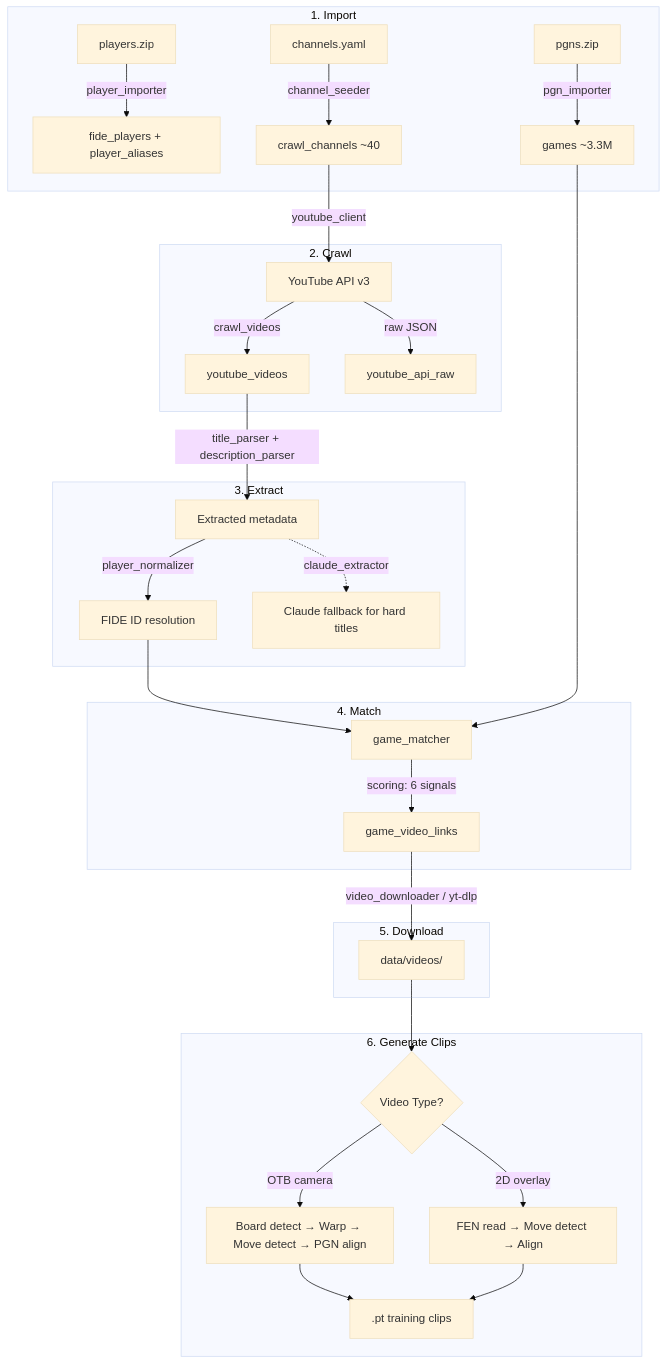
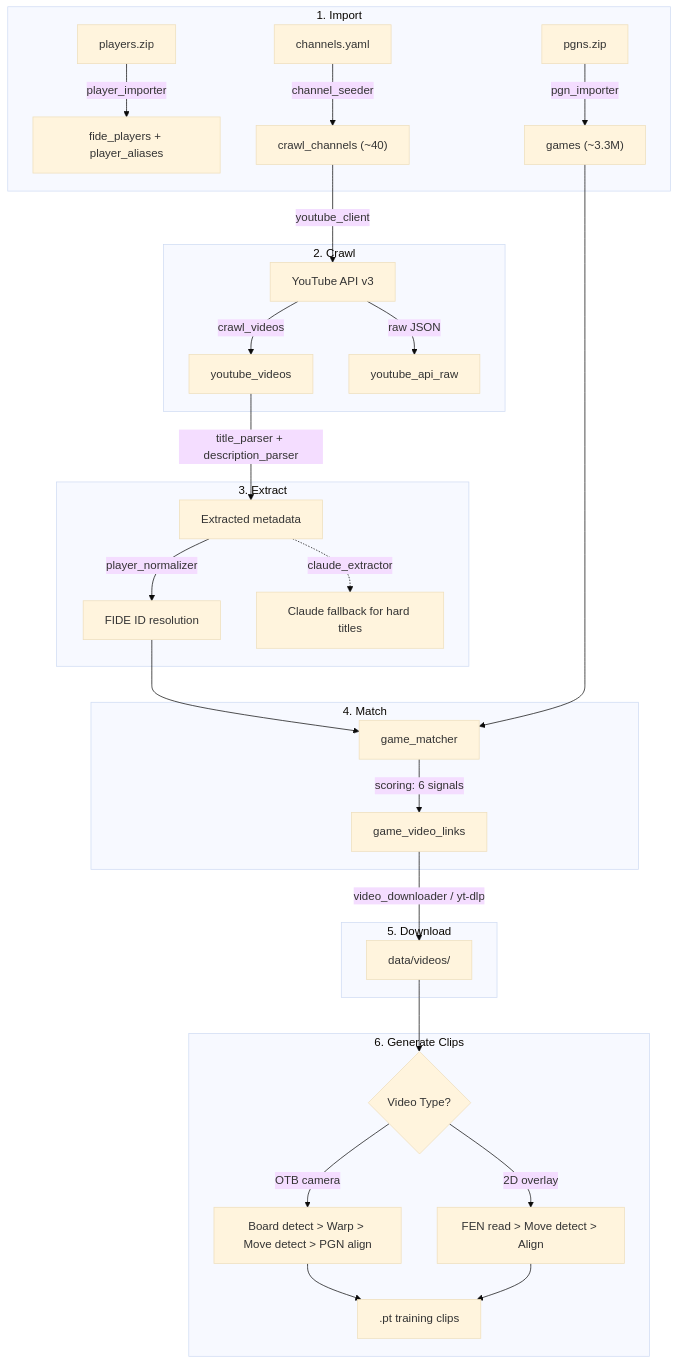
One commit to dscape/argus changed the third of 9 diagrams in README.md. Above: the diagram before and after it, drawn with Mermaid (base theme). The commit also changed other lines of this file and 6 other files, not shown here.

````diff
--- a/README.md
+++ b/README.md
@@ -115,38 +156,38 @@
 ```mermaid
 graph TD
     subgraph "1. Import"
         P[players.zip] -->|player_importer| DB_P[fide_players + player_aliases]
-        G[pgns.zip] -->|pgn_importer| DB_G[games ~3.3M]
-        CH[channels.yaml] -->|channel_seeder| DB_CH[crawl_channels ~40]
+        G[pgns.zip] -->|pgn_importer| DB_G["games (~3.3M)"]
+        CH[channels.yaml] -->|channel_seeder| DB_CH["crawl_channels (~40)"]
     end
 
     subgraph "2. Crawl"
         DB_CH -->|youtube_client| YT[YouTube API v3]
         YT -->|crawl_videos| DB_V[youtube_videos]
         YT -->|raw JSON| DB_R[youtube_api_raw]
     end
 
     subgraph "3. Extract"
         DB_V -->|title_parser + description_parser| META[Extracted metadata]
         META -->|player_normalizer| FIDE[FIDE ID resolution]
         META -.->|claude_extractor| CLAUDE[Claude fallback for hard titles]
     end
 
     subgraph "4. Match"
         FIDE --> MATCH[game_matcher]
         DB_G --> MATCH
         MATCH -->|scoring: 6 signals| DB_L[game_video_links]
     end
 
     subgraph "5. Download"
-        DB_L -->|video_downloader / yt-dlp| VID[data/videos/]
+        DB_L -->|video_downloader / yt-dlp| VID["data/videos/"]
     end
 
     subgraph "6. Generate Clips"
         VID --> OTB{Video Type?}
-        OTB -->|OTB camera| CLIP_OTB[Board detect → Warp → Move detect → PGN align]
-        OTB -->|2D overlay| CLIP_OVR[FEN read → Move detect → Align]
+        OTB -->|OTB camera| CLIP_OTB["Board detect > Warp > Move detect > PGN align"]
+        OTB -->|2D overlay| CLIP_OVR["FEN read > Move detect > Align"]
         CLIP_OTB --> PT[.pt training clips]
         CLIP_OVR --> PT
     end
 ```
````
